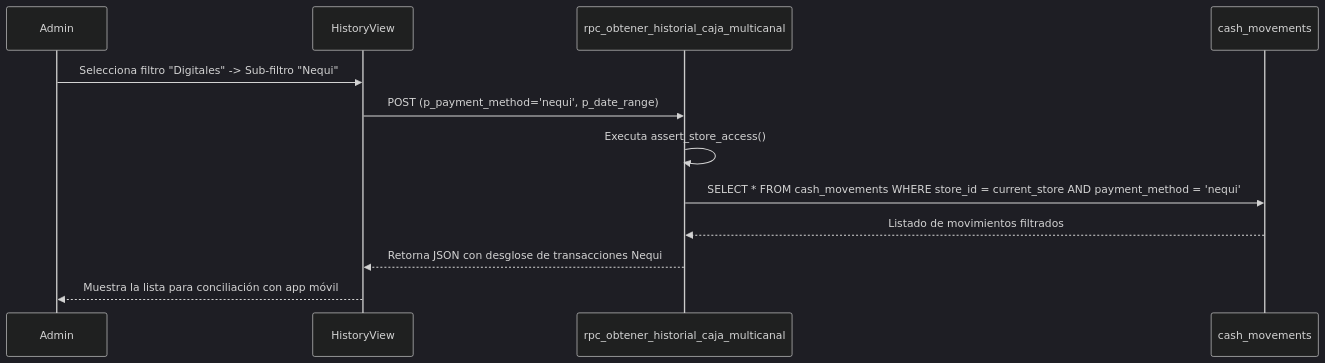
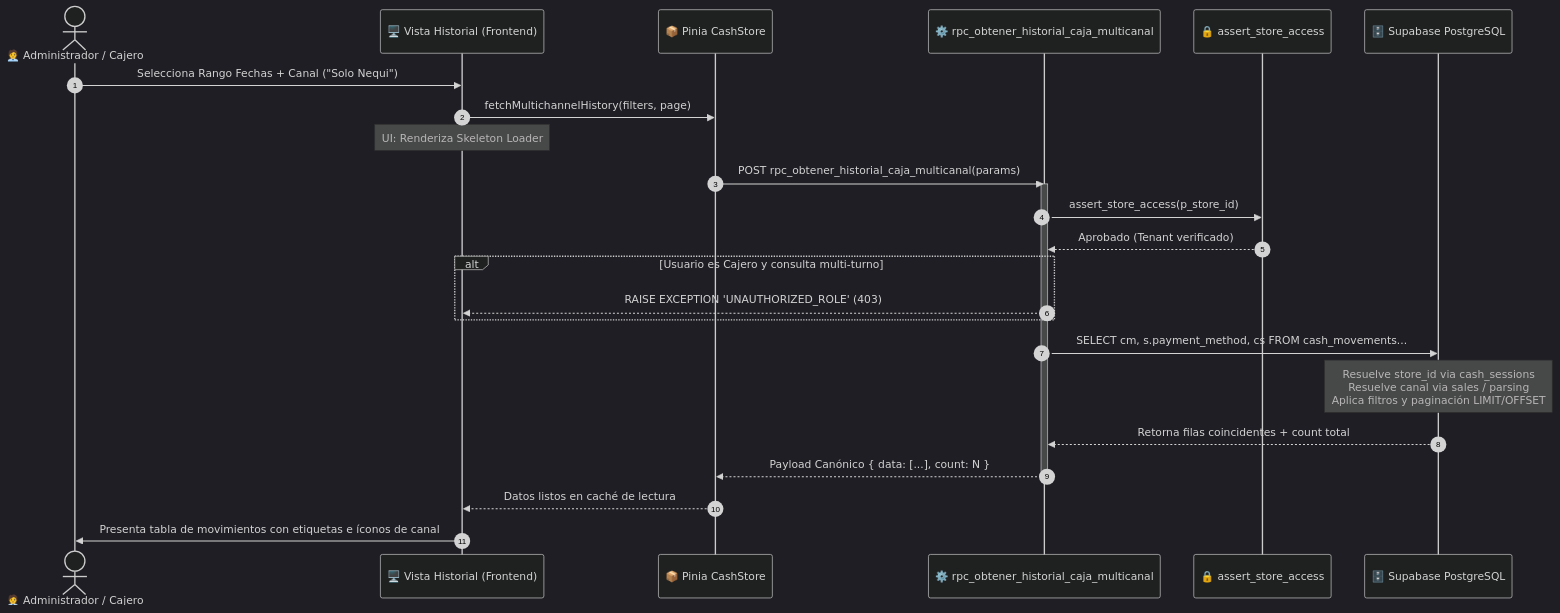
Before and after one commit to YamirJCF/tienda-barrio-pro: the first of 2 diagrams in documentation/01_requirements/SDD/SDD_021_HISTORIALES_MULTICANAL.md, drawn with Mermaid (dark theme). The commit also changed other lines of this file, not shown here.

Commit message:
docs(sdd): rectificar y sanitizar SDD-021 bajo protocolo PAC-SDD estricto con certificacion QA

````diff
--- a/documentation/01_requirements/SDD/SDD_021_HISTORIALES_MULTICANAL.md
+++ b/documentation/01_requirements/SDD/SDD_021_HISTORIALES_MULTICANAL.md
@@ -41,15 +130,32 @@
 ```mermaid
 sequenceDiagram
-    participant Admin
-    participant UI as HistoryView
-    participant RPC as rpc_obtener_historial_caja_multicanal
-    participant DB as cash_movements
+    autonumber
+    actor Admin as 🧑‍💼 Administrador / Cajero
+    participant UI as 🖥️ Vista Historial (Frontend)
+    participant Store as 📦 Pinia CashStore
+    participant RPC as ⚙️ rpc_obtener_historial_caja_multicanal
+    participant SEC as 🔒 assert_store_access
+    participant DB as 🗄️ Supabase PostgreSQL
 
-    Admin->>UI: Selecciona filtro "Digitales" -> Sub-filtro "Nequi"
-    UI->>RPC: POST (p_payment_method='nequi', p_date_range)
-    RPC->>RPC: Executa assert_store_access()
-    RPC->>DB: SELECT * FROM cash_movements WHERE store_id = current_store AND payment_method = 'nequi'
-    DB-->>RPC: Listado de movimientos filtrados
-    RPC-->>UI: Retorna JSON con desglose de transacciones Nequi
-    UI-->>Admin: Muestra la lista para conciliación con app móvil
+    Admin->>UI: Selecciona Rango Fechas + Canal ("Solo Nequi")
+    UI->>Store: fetchMultichannelHistory(filters, page)
+    Note over UI: UI: Renderiza Skeleton Loader
+    Store->>RPC: POST rpc_obtener_historial_caja_multicanal(params)
+    
+    activate RPC
+    RPC->>SEC: assert_store_access(p_store_id)
+    SEC-->>RPC: Aprobado (Tenant verificado)
+    
+    alt Usuario es Cajero y consulta multi-turno
+        RPC-->>UI: RAISE EXCEPTION 'UNAUTHORIZED_ROLE' (403)
+    end
+    
+    RPC->>DB: SELECT cm, s.payment_method, cs FROM cash_movements...
+    Note over DB: Resuelve store_id via cash_sessions<br/>Resuelve canal via sales / parsing<br/>Aplica filtros y paginación LIMIT/OFFSET
+    DB-->>RPC: Retorna filas coincidentes + count total
+    RPC-->>Store: Payload Canónico { data: [...], count: N }
+    deactivate RPC
+
+    Store-->>UI: Datos listos en caché de lectura
+    UI->>Admin: Presenta tabla de movimientos con etiquetas e íconos de canal
 ```
````
